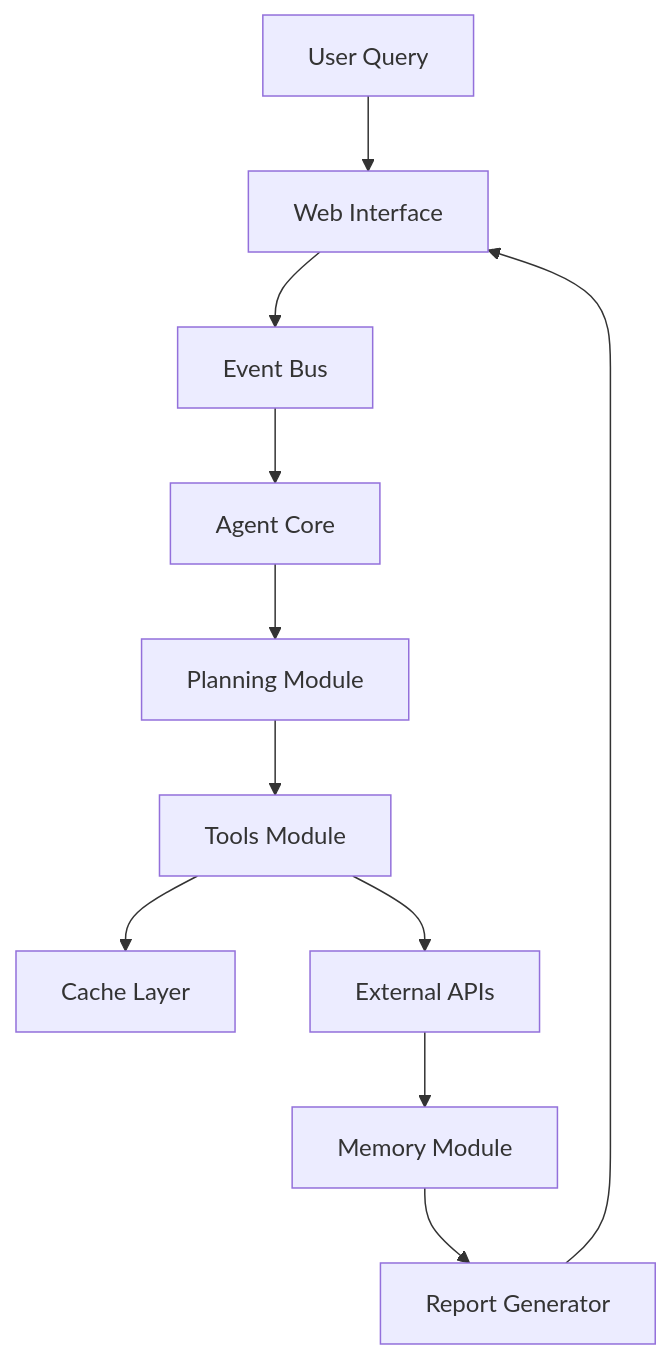
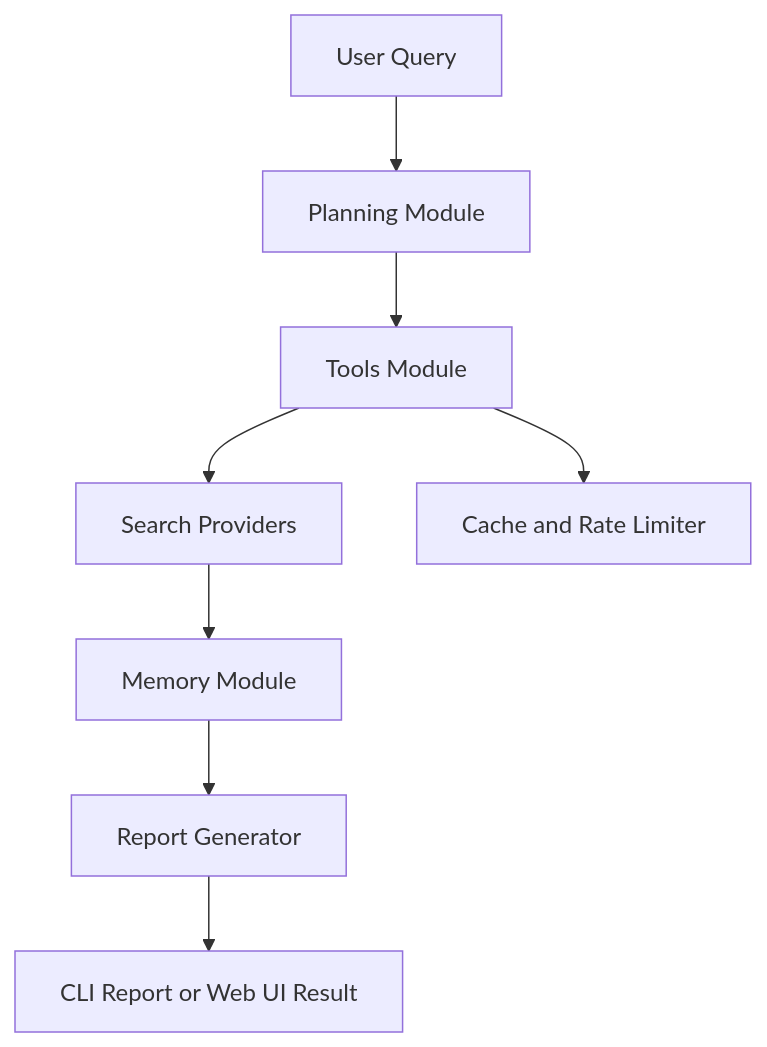
The diagram in README.md (KazKozDev/llmflow-search), drawn with Mermaid before and after one commit. The commit also changed other lines of this file and 20 other files, not shown here.

````diff
--- a/README.md
+++ b/README.md
@@ -190,13 +63,10 @@
 ```mermaid
 graph TD
-    User[User Query] --> WebUI[Web Interface]
-    WebUI --> EventBus[Event Bus]
-    EventBus --> Agent[Agent Core]
-    Agent --> Plan[Planning Module]
-    Plan --> Tools[Tools Module]
-    Tools --> Cache[Cache Layer]
-    Tools --> External[External APIs]
-    External --> Memory[Memory Module]
-    Memory --> Report[Report Generator]
-    Report --> WebUI
+    A[User Query] --> B[Planning Module]
+    B --> C[Tools Module]
+    C --> D[Search Providers]
+    C --> E[Cache and Rate Limiter]
+    D --> F[Memory Module]
+    F --> G[Report Generator]
+    G --> H[CLI Report or Web UI Result]
 ```
````
